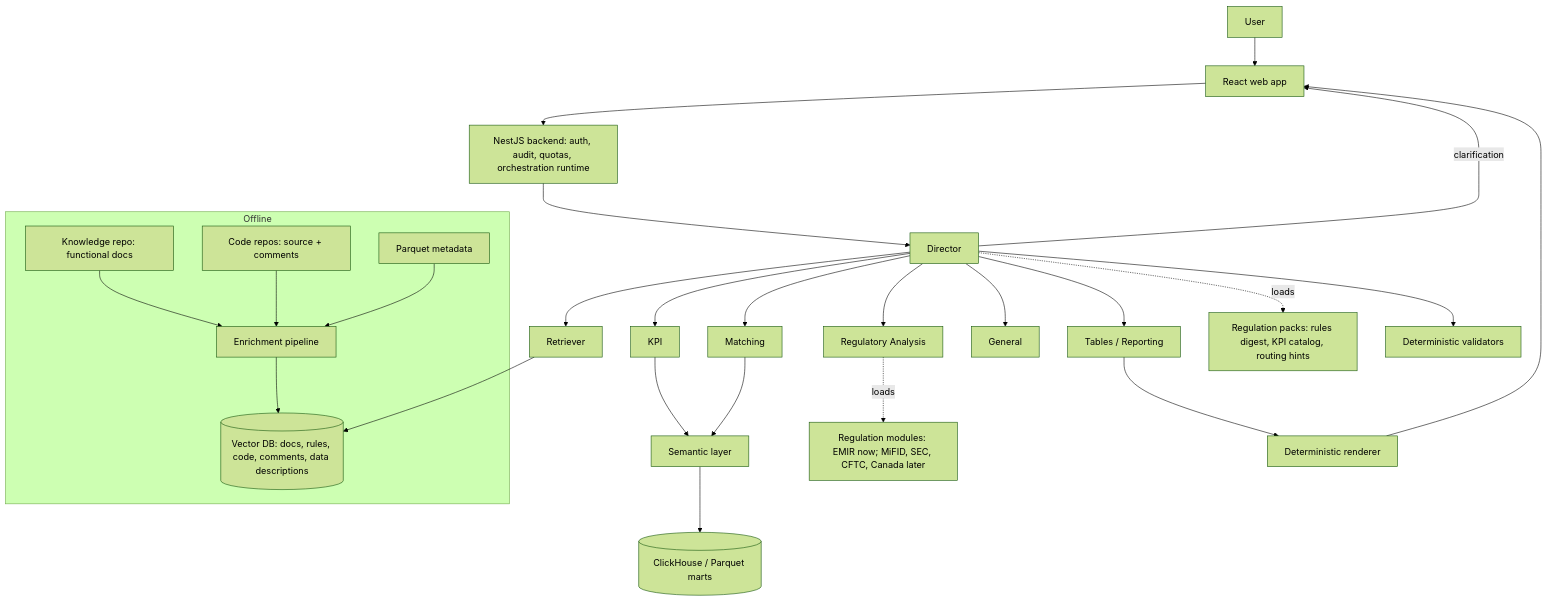
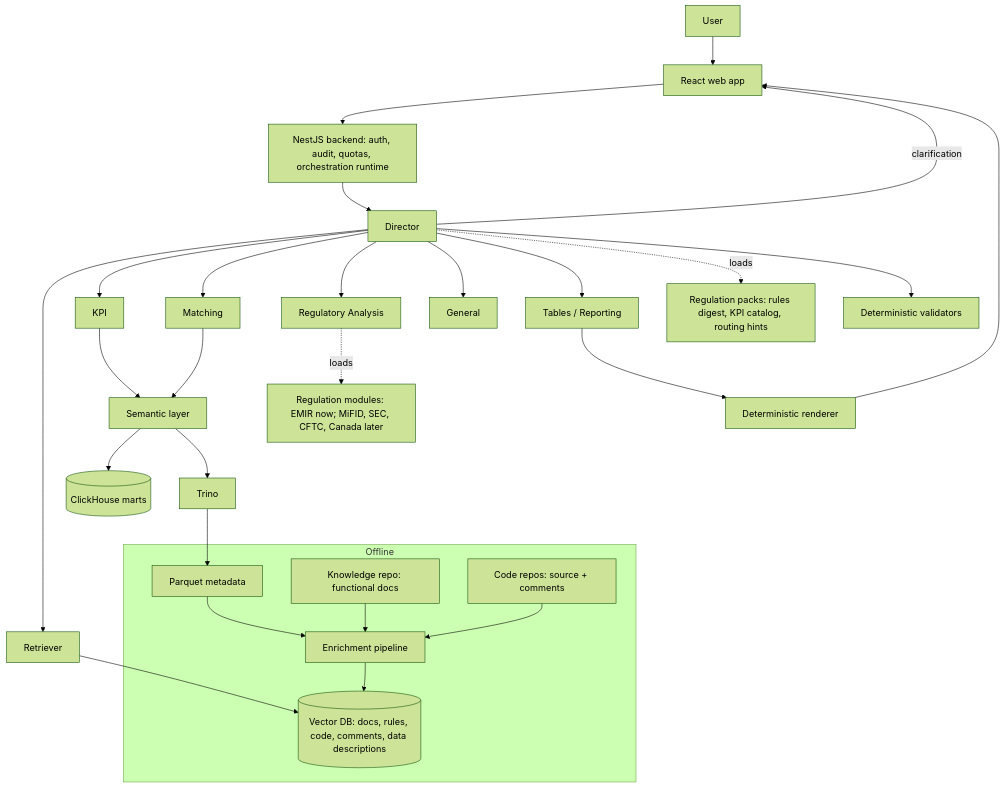
The diagram in docs/brain/08-agentic-rag-multi-regulatory.md (pemanico/regulatory), drawn with Mermaid (forest theme) before and after one commit. The commit also changed other lines of this file and 9 other files, not shown here.

First line of the commit message:
Calculated data in ClickHouse or Parquet

````diff
--- a/docs/brain/08-agentic-rag-multi-regulatory.md
+++ b/docs/brain/08-agentic-rag-multi-regulatory.md
@@ -94,33 +111,34 @@
 ```mermaid
 flowchart TB
   U[User] --> FE[React web app]
   FE --> API[NestJS backend: auth, audit, quotas, orchestration runtime]
   API --> D[Director]
 
   D -->|clarification| FE
   D --> R[Retriever]
   D --> K[KPI]
   D --> M[Matching]
   D --> RA[Regulatory Analysis]
   D --> G[General]
   D --> T[Tables / Reporting]
   T --> RD[Deterministic renderer]
 
   R --> VDB[(Vector DB: docs, rules, code, comments, data descriptions)]
   K --> SL[Semantic layer]
   M --> SL
-  SL --> CH[(ClickHouse / Parquet marts)]
+  SL --> CH[(ClickHouse marts)]
+  SL --> TRN[Trino] --> PQ[(Parquet marts)]
 
   RA -.loads.-> RM[Regulation modules: EMIR now; MiFID, SEC, CFTC, Canada later]
   D -.loads.-> RP[Regulation packs: rules digest, KPI catalog, routing hints]
 
   D --> V[Deterministic validators]
   RD --> FE
 
   subgraph Offline
     KR[Knowledge repo: functional docs] --> EN[Enrichment pipeline]
     CR[Code repos: source + comments] --> EN
     PQ[Parquet metadata] --> EN
     EN --> VDB
   end
 ```
````
